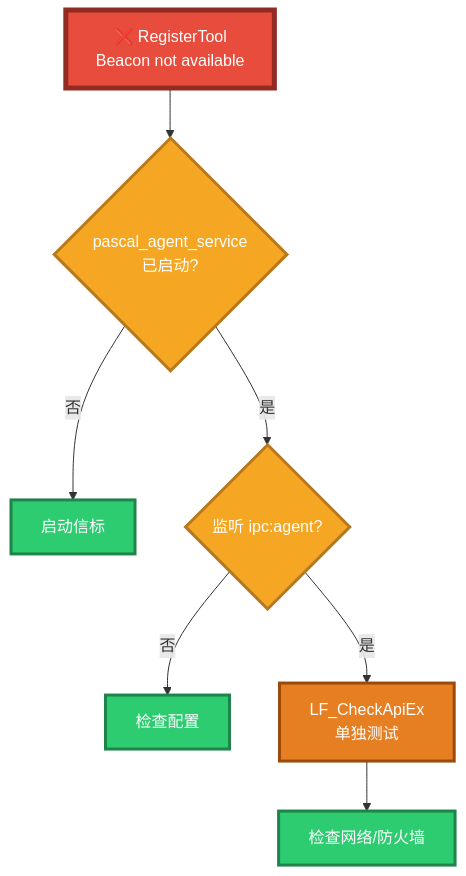
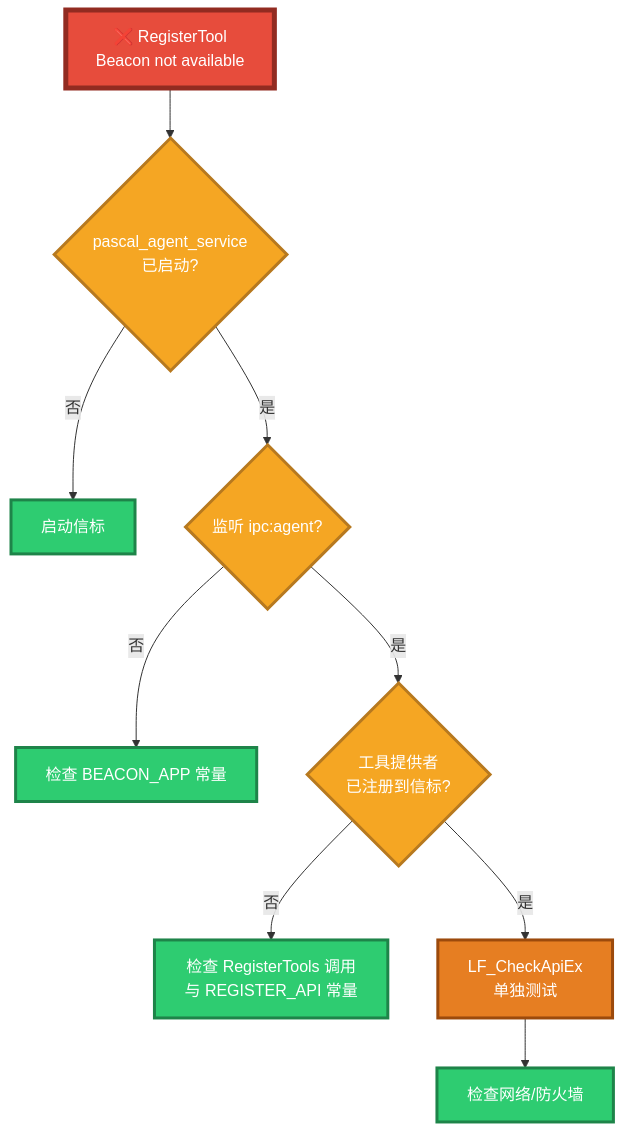
Diagram 33 of 38 in code_generate_mcp.md (PassByYou888/LingoFuse-pasAgent), drawn with Mermaid before and after one commit. The commit also changed other lines of this file and 33 other files, not shown here.

````diff
--- a/code_generate_mcp.md
+++ b/code_generate_mcp.md
@@ -698,18 +742,22 @@
 ```mermaid
 flowchart TB
     E["❌ RegisterTool<br/>Beacon not available"]
     E --> C1{"pascal_agent_service<br/>已启动?"}
     C1 -->|否| F1["启动信标"]
     C1 -->|是| C2{"监听 ipc:agent?"}
-    C2 -->|否| F2["检查配置"]
-    C2 -->|是| C3["LF_CheckApiEx<br/>单独测试"]
-    C3 --> F3["检查网络/防火墙"]
+    C2 -->|否| F2["检查 BEACON_APP 常量"]
+    C2 -->|是| C3{"工具提供者<br/>已注册到信标?"}
+    C3 -->|否| F3["检查 RegisterTools 调用<br/>与 REGISTER_API 常量"]
+    C3 -->|是| C4["LF_CheckApiEx<br/>单独测试"]
+    C4 --> F4["检查网络/防火墙"]
 
     style E fill:#E74C3C,stroke:#922B21,stroke-width:5px,color:#FFFFFF
     style C1 fill:#F5A623,stroke:#B7791F,stroke-width:3px,color:#FFFFFF
     style C2 fill:#F5A623,stroke:#B7791F,stroke-width:3px,color:#FFFFFF
-    style C3 fill:#E67E22,stroke:#9C4A0C,stroke-width:3px,color:#FFFFFF
+    style C3 fill:#F5A623,stroke:#B7791F,stroke-width:3px,color:#FFFFFF
+    style C4 fill:#E67E22,stroke:#9C4A0C,stroke-width:3px,color:#FFFFFF
     style F1 fill:#2ECC71,stroke:#1E8449,stroke-width:3px,color:#FFFFFF
     style F2 fill:#2ECC71,stroke:#1E8449,stroke-width:3px,color:#FFFFFF
     style F3 fill:#2ECC71,stroke:#1E8449,stroke-width:3px,color:#FFFFFF
+    style F4 fill:#2ECC71,stroke:#1E8449,stroke-width:3px,color:#FFFFFF
 ```
````
